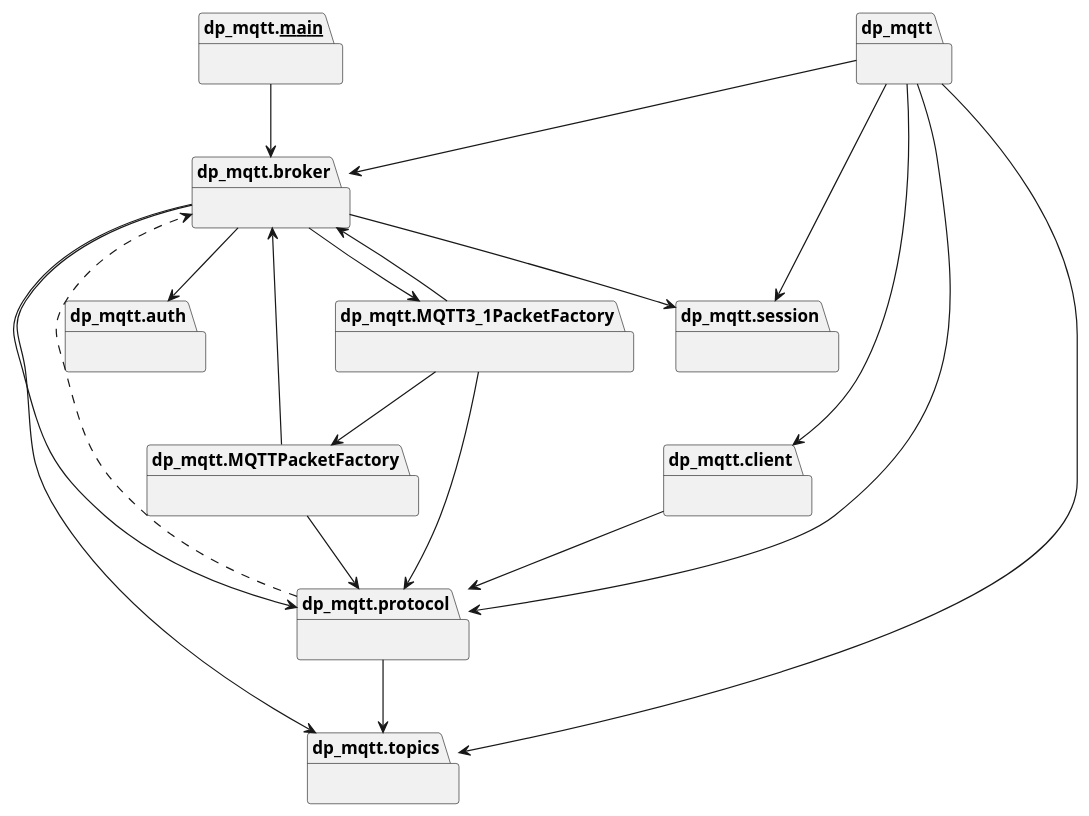
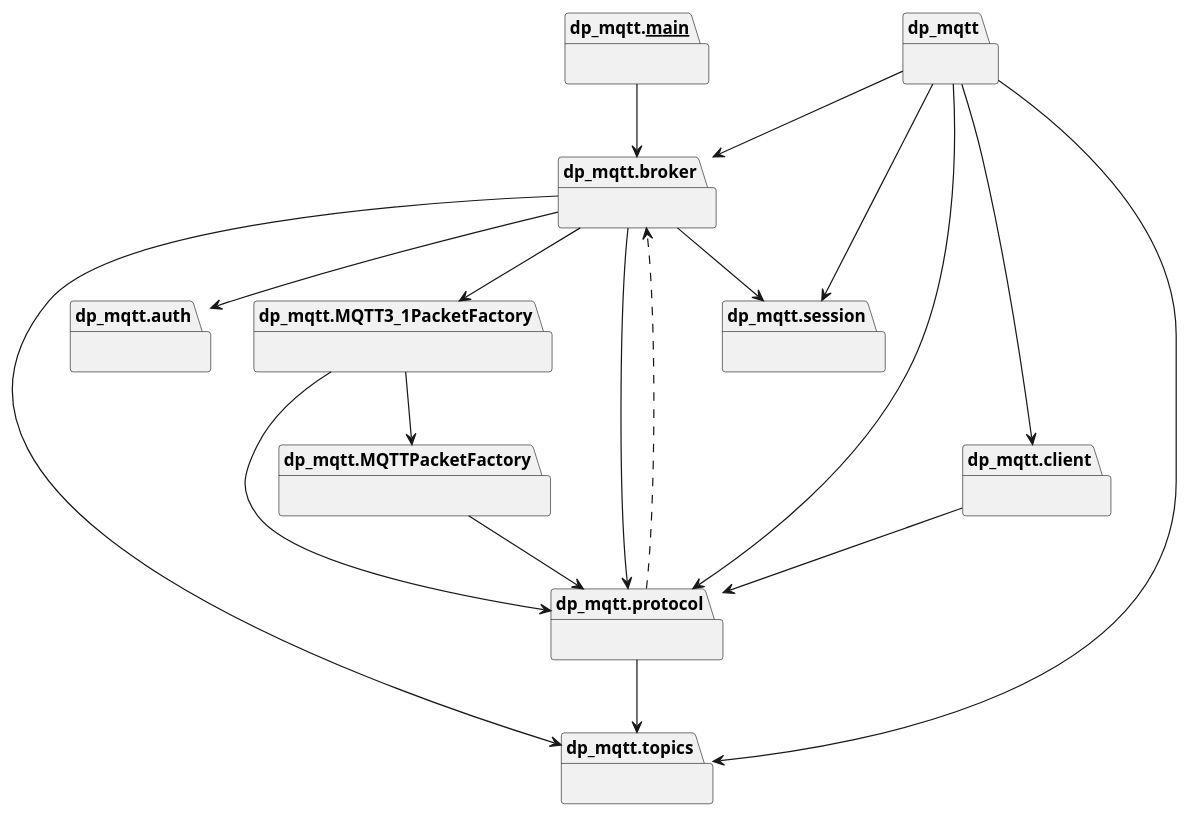
One commit to Frendzlu/mqtt-broker changed the diagram in packages.plantuml. Above: the diagram before and after it, drawn with PlantUML. The commit also changed 28 other files, not shown here.

```diff
--- a/packages.plantuml
+++ b/packages.plantuml
@@ -1,42 +1,40 @@
 @startuml packages
 set namespaceSeparator none
 package "dp_mqtt" as dp_mqtt {
 }
 package "dp_mqtt.MQTT3_1PacketFactory" as dp_mqtt.MQTT3_1PacketFactory {
 }
 package "dp_mqtt.MQTTPacketFactory" as dp_mqtt.MQTTPacketFactory {
 }
 package "dp_mqtt.__main__" as dp_mqtt.__main__ {
 }
 package "dp_mqtt.auth" as dp_mqtt.auth {
 }
 package "dp_mqtt.broker" as dp_mqtt.broker {
 }
 package "dp_mqtt.client" as dp_mqtt.client {
 }
 package "dp_mqtt.protocol" as dp_mqtt.protocol {
 }
 package "dp_mqtt.session" as dp_mqtt.session {
 }
 package "dp_mqtt.topics" as dp_mqtt.topics {
 }
 dp_mqtt --> dp_mqtt.broker
 dp_mqtt --> dp_mqtt.client
 dp_mqtt --> dp_mqtt.protocol
 dp_mqtt --> dp_mqtt.session
 dp_mqtt --> dp_mqtt.topics
 dp_mqtt.MQTT3_1PacketFactory --> dp_mqtt.MQTTPacketFactory
-dp_mqtt.MQTT3_1PacketFactory --> dp_mqtt.broker
 dp_mqtt.MQTT3_1PacketFactory --> dp_mqtt.protocol
-dp_mqtt.MQTTPacketFactory --> dp_mqtt.broker
 dp_mqtt.MQTTPacketFactory --> dp_mqtt.protocol
 dp_mqtt.__main__ --> dp_mqtt.broker
 dp_mqtt.broker --> dp_mqtt.MQTT3_1PacketFactory
 dp_mqtt.broker --> dp_mqtt.auth
 dp_mqtt.broker --> dp_mqtt.protocol
 dp_mqtt.broker --> dp_mqtt.session
 dp_mqtt.broker --> dp_mqtt.topics
 dp_mqtt.client --> dp_mqtt.protocol
 dp_mqtt.protocol --> dp_mqtt.topics
 dp_mqtt.protocol ..> dp_mqtt.broker
 @enduml
```
